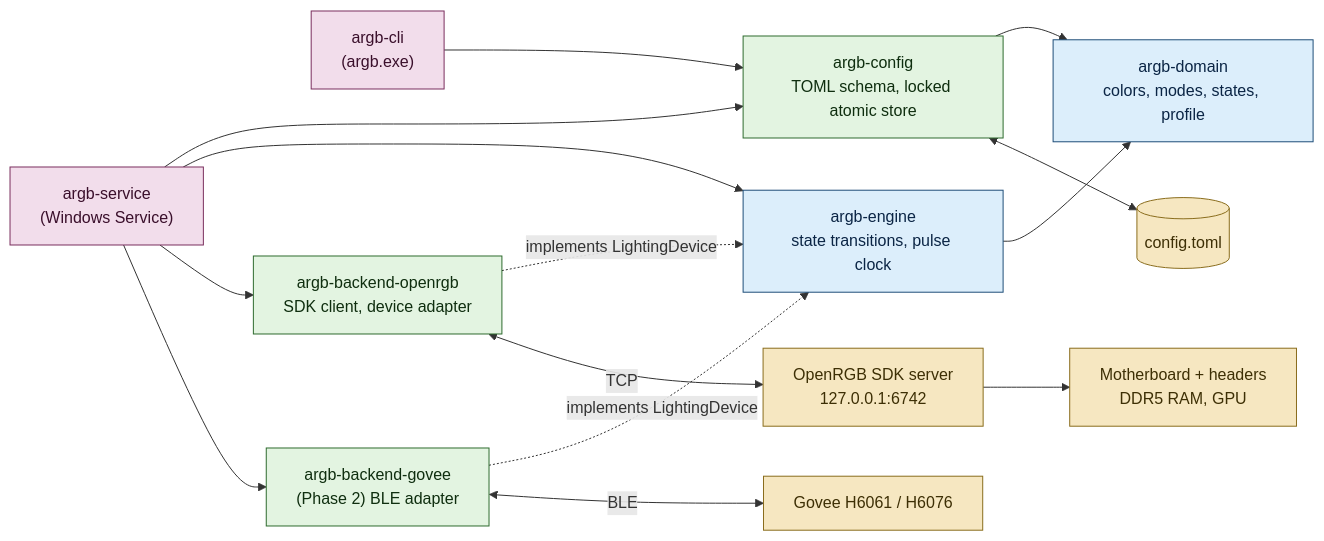
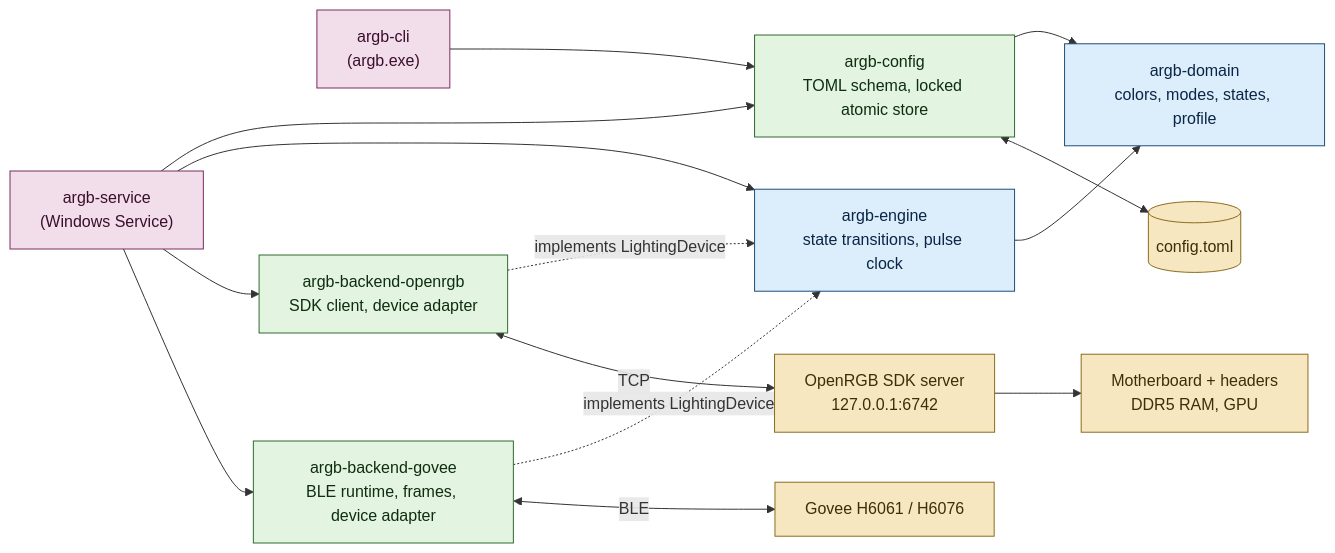
One commit to Kalisen/argb-controller changed the first of 2 diagrams in docs/architecture.md. Above: the diagram before and after it, drawn with Mermaid. The commit also changed other lines of this file and 24 other files, not shown here.

````diff
--- a/docs/architecture.md
+++ b/docs/architecture.md
@@ -10,33 +10,33 @@
 ```mermaid
 flowchart LR
     classDef domain fill:#DCEEFB,stroke:#1F4E79,color:#0B2545
     classDef adapter fill:#E3F4E1,stroke:#2E6B2E,color:#0F2E0F
     classDef external fill:#F6E7C1,stroke:#8A6D1D,color:#3D2F05
     classDef binary fill:#F2DDEB,stroke:#7A2E5E,color:#3A0F2B
 
     CLI["argb-cli<br/>(argb.exe)"]:::binary
     SVC["argb-service<br/>(Windows Service)"]:::binary
     CFG["argb-config<br/>TOML schema, locked atomic store"]:::adapter
     ENG["argb-engine<br/>state transitions, pulse clock"]:::domain
     DOM["argb-domain<br/>colors, modes, states, profile"]:::domain
     ORGB["argb-backend-openrgb<br/>SDK client, device adapter"]:::adapter
-    GOV["argb-backend-govee<br/>(Phase 2) BLE adapter"]:::adapter
+    GOV["argb-backend-govee<br/>BLE runtime, frames, device adapter"]:::adapter
     FILE[("config.toml")]:::external
     SERVER["OpenRGB SDK server<br/>127.0.0.1:6742"]:::external
     HW["Motherboard + headers<br/>DDR5 RAM, GPU"]:::external
     BLE["Govee H6061 / H6076"]:::external
 
     CLI --> CFG
     SVC --> CFG
     SVC --> ENG
     ENG --> DOM
     CFG --> DOM
     ORGB -.implements LightingDevice.-> ENG
     GOV -.implements LightingDevice.-> ENG
     SVC --> ORGB
     SVC --> GOV
     CFG <--> FILE
     ORGB <-->|TCP| SERVER
     SERVER --> HW
     GOV <-->|BLE| BLE
 ```
````
